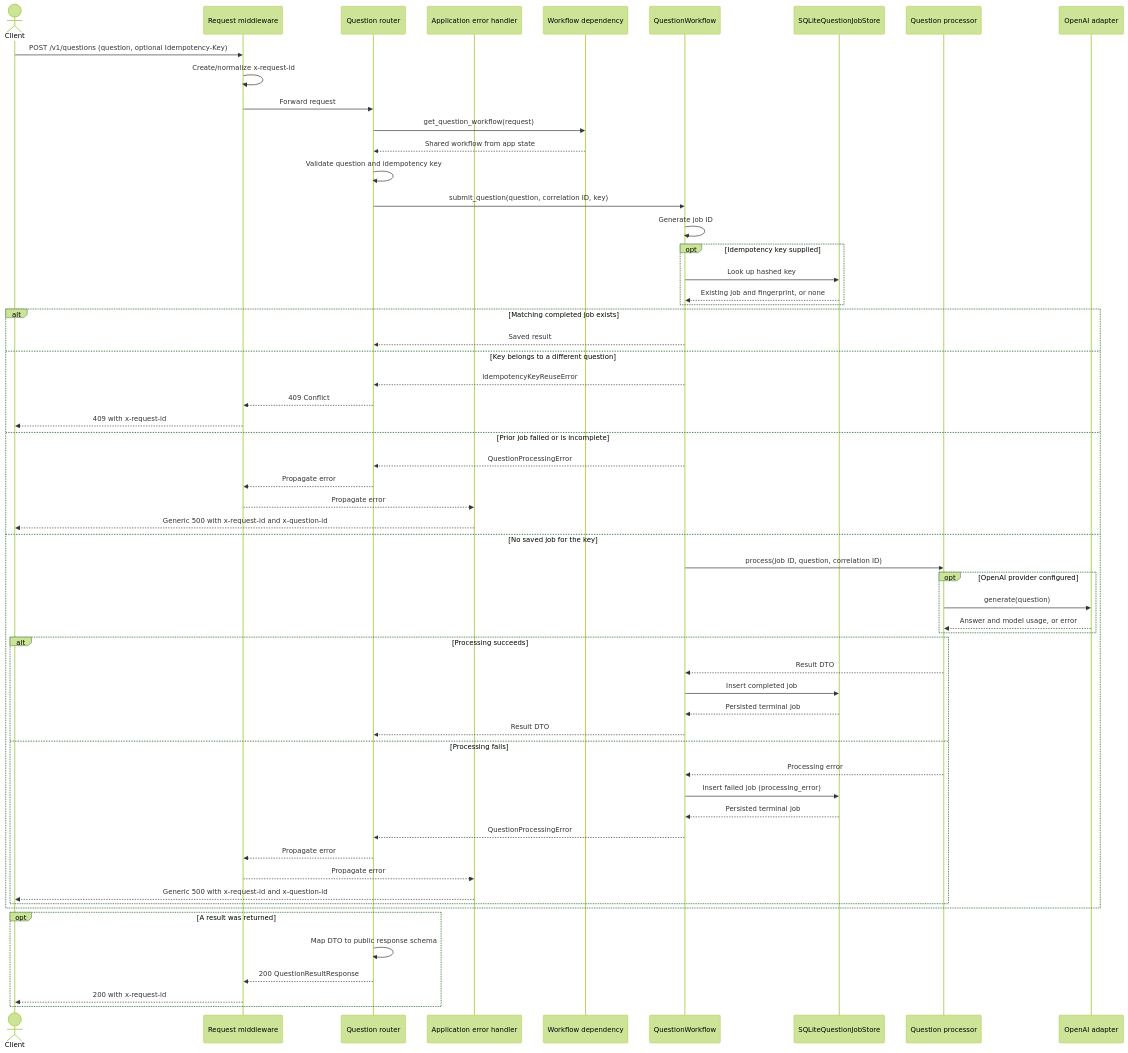
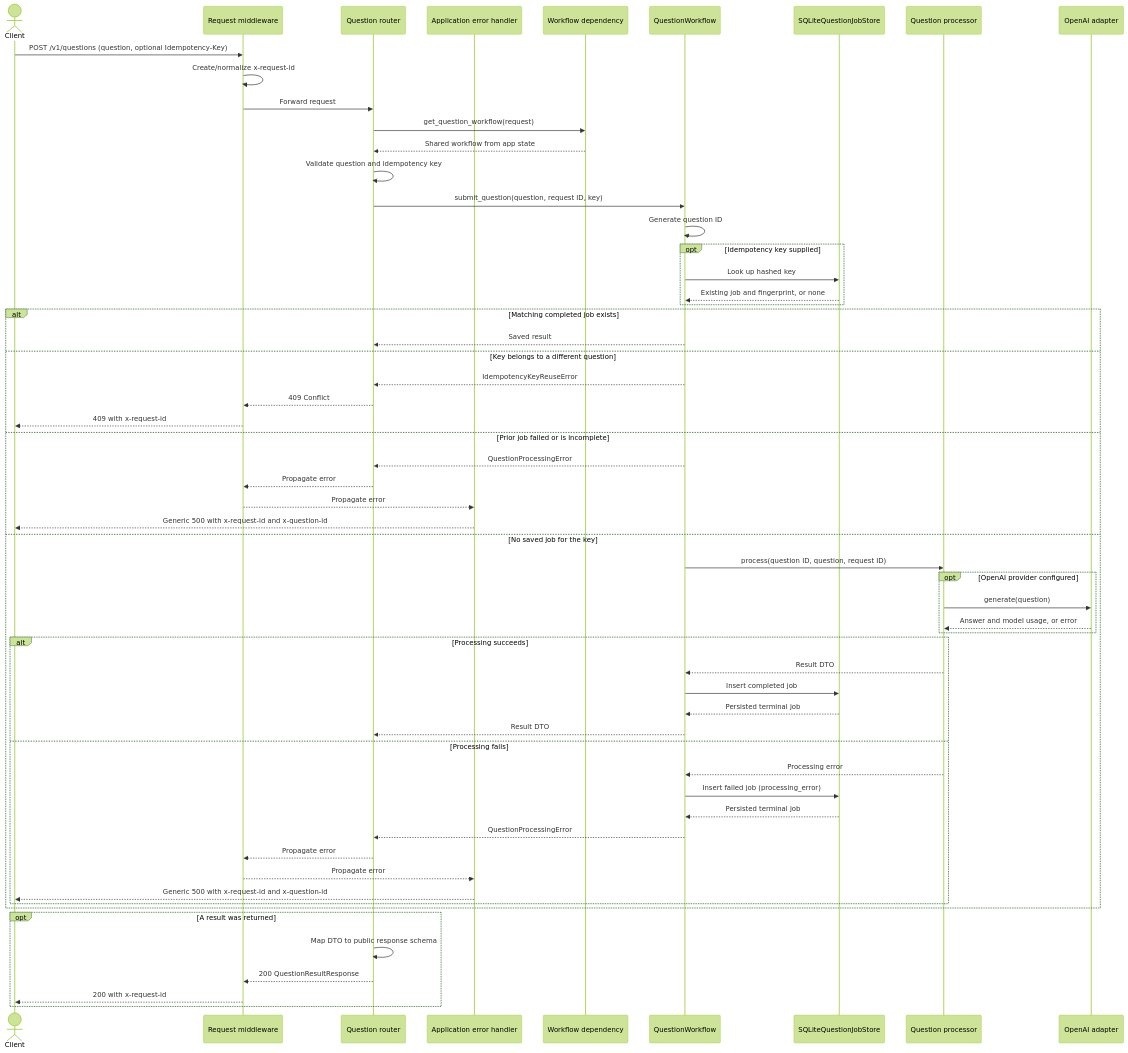
Before and after one commit to jasmine-post-pdx/rag-chatbot: the first of 2 diagrams in docs/questions-api-sequence.md, drawn with Mermaid (forest theme). The commit also changed other lines of this file and 21 other files, not shown here.

First line of the commit message:
refactor: rename request_id to question_id across the application

````diff
--- a/docs/questions-api-sequence.md
+++ b/docs/questions-api-sequence.md
@@ -15,62 +15,62 @@
 ```mermaid
 sequenceDiagram
     actor Client
     participant MW as Request middleware
     participant API as Question router
     participant Err as Application error handler
     participant Dep as Workflow dependency
     participant WF as QuestionWorkflow
     participant Store as SQLiteQuestionJobStore
     participant Processor as Question processor
     participant LLM as OpenAI adapter
 
     Client->>MW: POST /v1/questions (question, optional Idempotency-Key)
     MW->>MW: Create/normalize x-request-id
     MW->>API: Forward request
     API->>Dep: get_question_workflow(request)
     Dep-->>API: Shared workflow from app state
     API->>API: Validate question and idempotency key
-    API->>WF: submit_question(question, correlation ID, key)
-    WF->>WF: Generate job ID
+    API->>WF: submit_question(question, request ID, key)
+    WF->>WF: Generate question ID
     opt Idempotency key supplied
         WF->>Store: Look up hashed key
         Store-->>WF: Existing job and fingerprint, or none
     end
     alt Matching completed job exists
         WF-->>API: Saved result
     else Key belongs to a different question
         WF-->>API: IdempotencyKeyReuseError
         API-->>MW: 409 Conflict
         MW-->>Client: 409 with x-request-id
     else Prior job failed or is incomplete
         WF-->>API: QuestionProcessingError
         API-->>MW: Propagate error
         MW-->>Err: Propagate error
         Err-->>Client: Generic 500 with x-request-id and x-question-id
     else No saved job for the key
-        WF->>Processor: process(job ID, question, correlation ID)
+        WF->>Processor: process(question ID, question, request ID)
         opt OpenAI provider configured
             Processor->>LLM: generate(question)
             LLM-->>Processor: Answer and model usage, or error
         end
         alt Processing succeeds
             Processor-->>WF: Result DTO
             WF->>Store: Insert completed job
             Store-->>WF: Persisted terminal job
             WF-->>API: Result DTO
         else Processing fails
             Processor-->>WF: Processing error
             WF->>Store: Insert failed job (processing_error)
             Store-->>WF: Persisted terminal job
             WF-->>API: QuestionProcessingError
             API-->>MW: Propagate error
             MW-->>Err: Propagate error
             Err-->>Client: Generic 500 with x-request-id and x-question-id
         end
     end
     opt A result was returned
         API->>API: Map DTO to public response schema
         API-->>MW: 200 QuestionResultResponse
         MW-->>Client: 200 with x-request-id
     end
 ```
````
